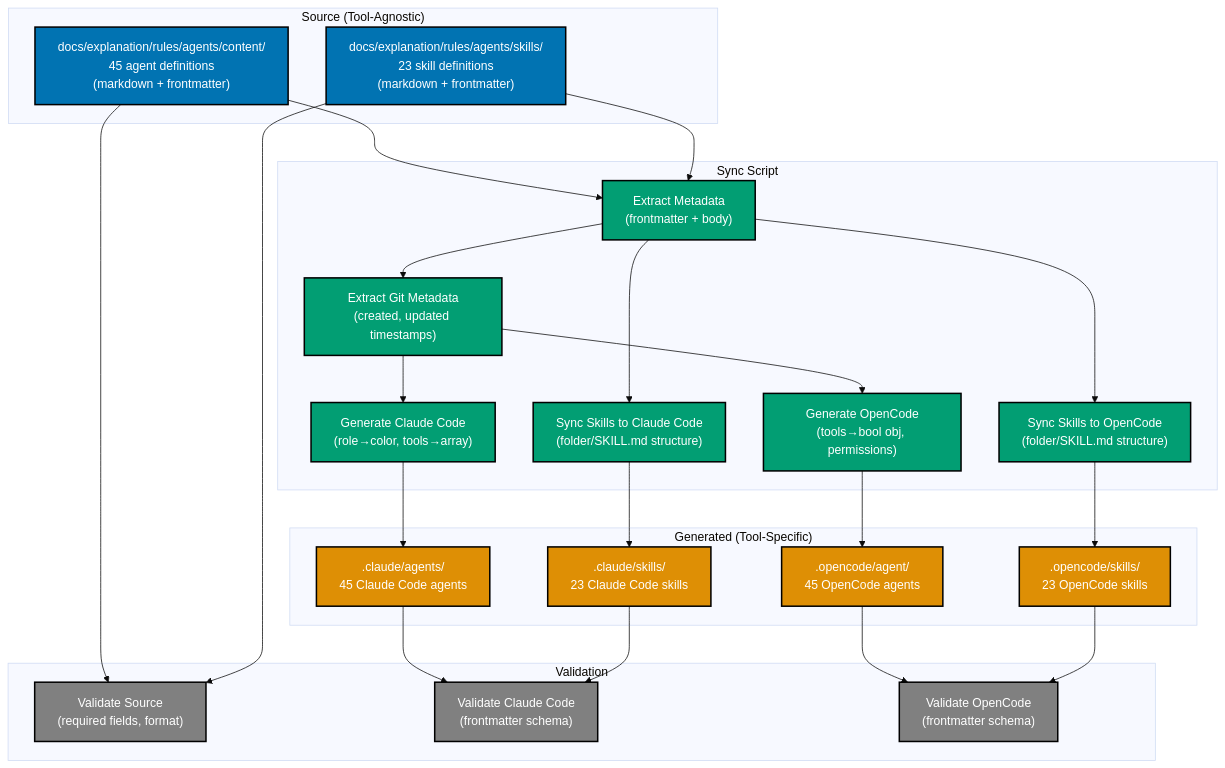
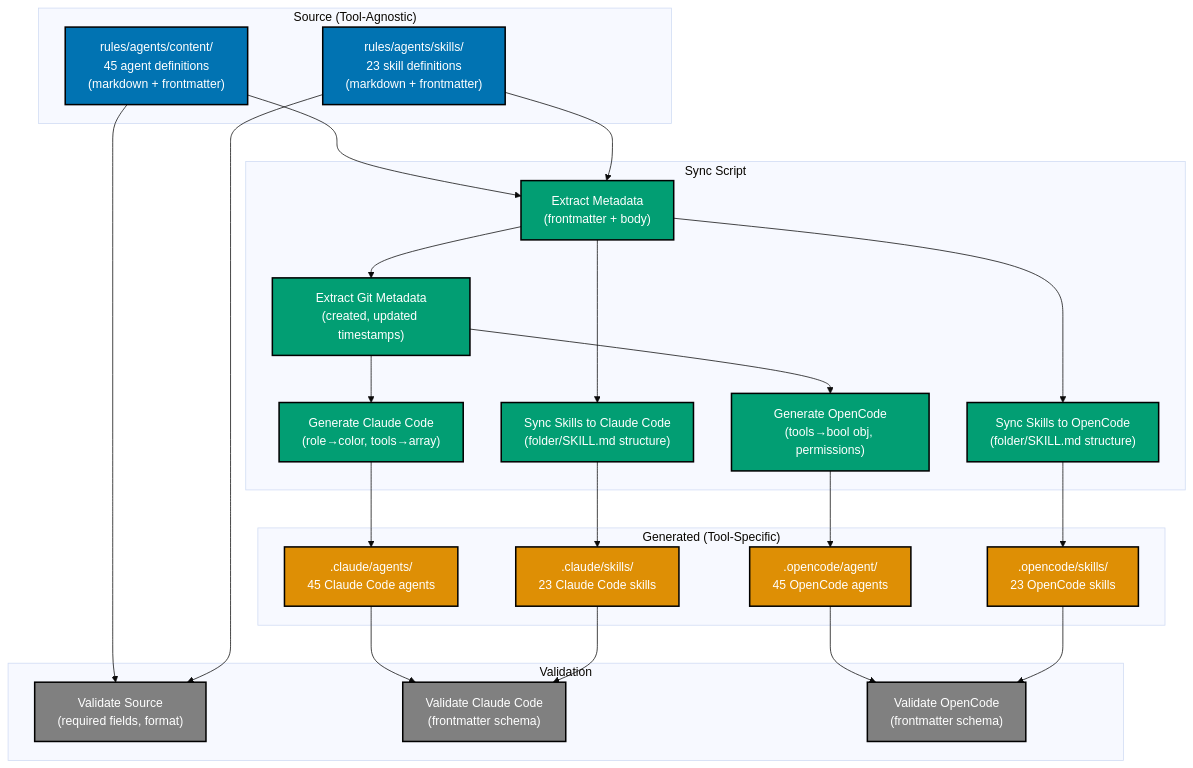
Before and after one commit to wahidyankf/open-sharia-enterprise: the diagram in plans/backlog/2026-01-04__agents-docs-source-of-truth/tech-docs.md, drawn with Mermaid (base theme). The commit also changed other lines of this file and 267 other files, not shown here.

First line of the commit message:
refactor: move docs/explanation/rules/ to /rules/ (separate from Obsidian docs)

````diff
--- a/plans/backlog/2026-01-04__agents-docs-source-of-truth/tech-docs.md
+++ b/plans/backlog/2026-01-04__agents-docs-source-of-truth/tech-docs.md
@@ -5,61 +5,61 @@
 ```mermaid
 %% Uses accessible colors (color-blind friendly palette):
 %% - Blue (#0173B2) for source definitions (tool-agnostic)
 %% - Orange (#DE8F05) for generated formats (tool-specific)
 %% - Teal (#029E73) for sync script processes
 %% - Gray (#808080) for validation processes
 %% Tested for: protanopia, deuteranopia, tritanopia
 %% All colors meet WCAG AA contrast requirements
 
 graph TB
     subgraph "Source (Tool-Agnostic)"
-        AgentDocs["docs/explanation/rules/agents/content/<br/>45 agent definitions<br/>(markdown + frontmatter)"]:::blue
-        SkillDocs["docs/explanation/rules/agents/skills/<br/>23 skill definitions<br/>(markdown + frontmatter)"]:::blue
+        AgentDocs["rules/agents/content/<br/>45 agent definitions<br/>(markdown + frontmatter)"]:::blue
+        SkillDocs["rules/agents/skills/<br/>23 skill definitions<br/>(markdown + frontmatter)"]:::blue
     end
 
     subgraph "Sync Script"
         Extract["Extract Metadata<br/>(frontmatter + body)"]:::teal
         MapCC["Generate Claude Code<br/>(role→color, tools→array)"]:::teal
         MapOC["Generate OpenCode<br/>(tools→bool obj, permissions)"]:::teal
         MapSkillsCC["Sync Skills to Claude Code<br/>(folder/SKILL.md structure)"]:::teal
         MapSkillsOC["Sync Skills to OpenCode<br/>(folder/SKILL.md structure)"]:::teal
         GitMeta["Extract Git Metadata<br/>(created, updated timestamps)"]:::teal
     end
 
     subgraph "Generated (Tool-Specific)"
         CCAgents[".claude/agents/<br/>45 Claude Code agents"]:::orange
         OCAgents[".opencode/agent/<br/>45 OpenCode agents"]:::orange
         CCSkills[".claude/skills/<br/>23 Claude Code skills"]:::orange
         OCskills[".opencode/skills/<br/>23 OpenCode skills"]:::orange
     end
 
     subgraph "Validation"
         ValSrc["Validate Source<br/>(required fields, format)"]:::gray
         ValCC["Validate Claude Code<br/>(frontmatter schema)"]:::gray
         ValOC["Validate OpenCode<br/>(frontmatter schema)"]:::gray
     end
 
     AgentDocs --> Extract
     SkillDocs --> Extract
     Extract --> GitMeta
     GitMeta --> MapCC
     GitMeta --> MapOC
     MapCC --> CCAgents
     MapOC --> OCAgents
     Extract --> MapSkillsCC
     Extract --> MapSkillsOC
     MapSkillsCC --> CCSkills
     MapSkillsOC --> OCskills
 
     CCAgents --> ValCC
     OCAgents --> ValOC
     CCSkills --> ValCC
     OCskills --> ValOC
     AgentDocs --> ValSrc
     SkillDocs --> ValSrc
 
     classDef blue fill:#0173B2,stroke:#000000,color:#FFFFFF,stroke-width:2px
     classDef orange fill:#DE8F05,stroke:#000000,color:#FFFFFF,stroke-width:2px
     classDef teal fill:#029E73,stroke:#000000,color:#FFFFFF,stroke-width:2px
     classDef gray fill:#808080,stroke:#000000,color:#FFFFFF,stroke-width:2px
 ```
````
